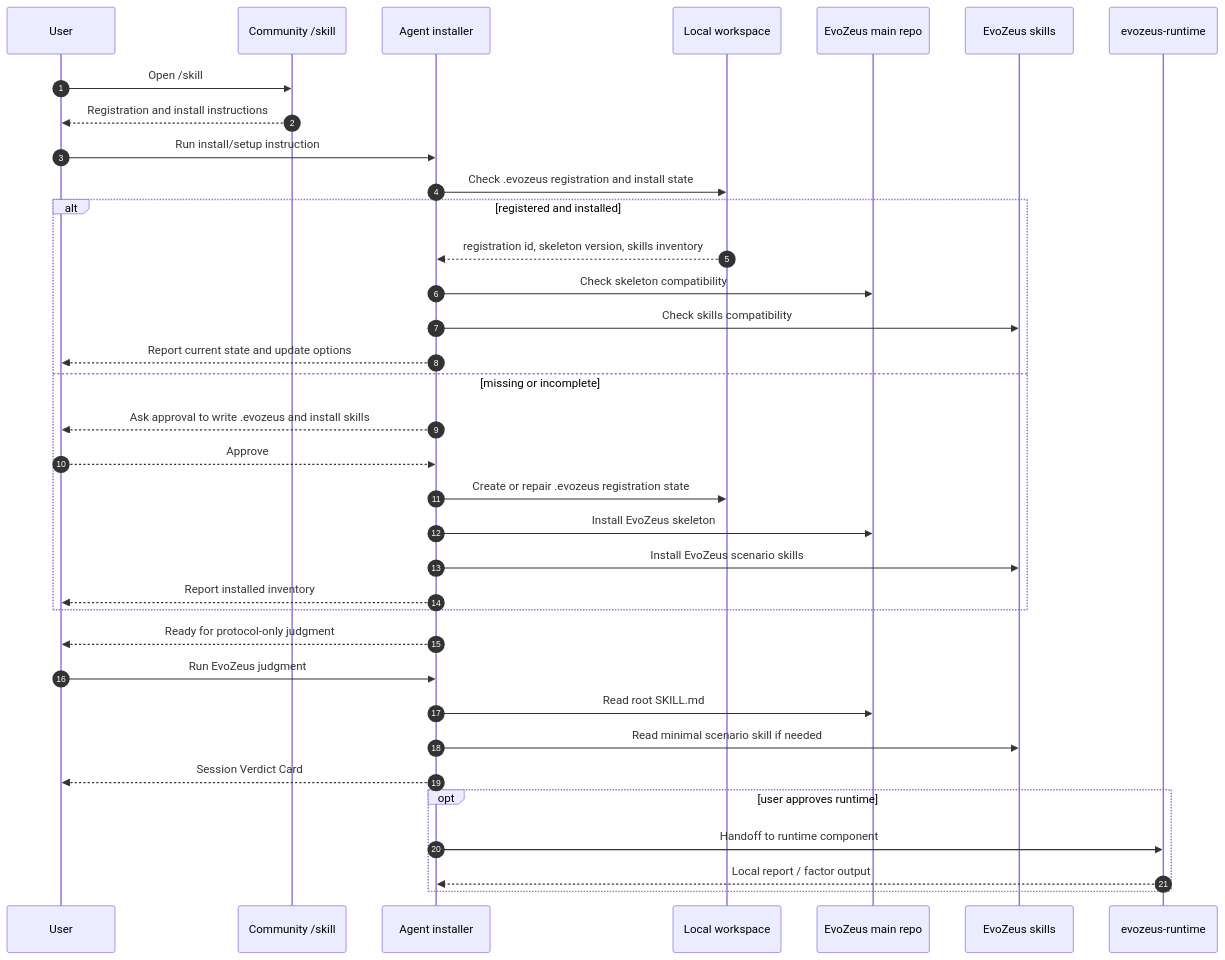
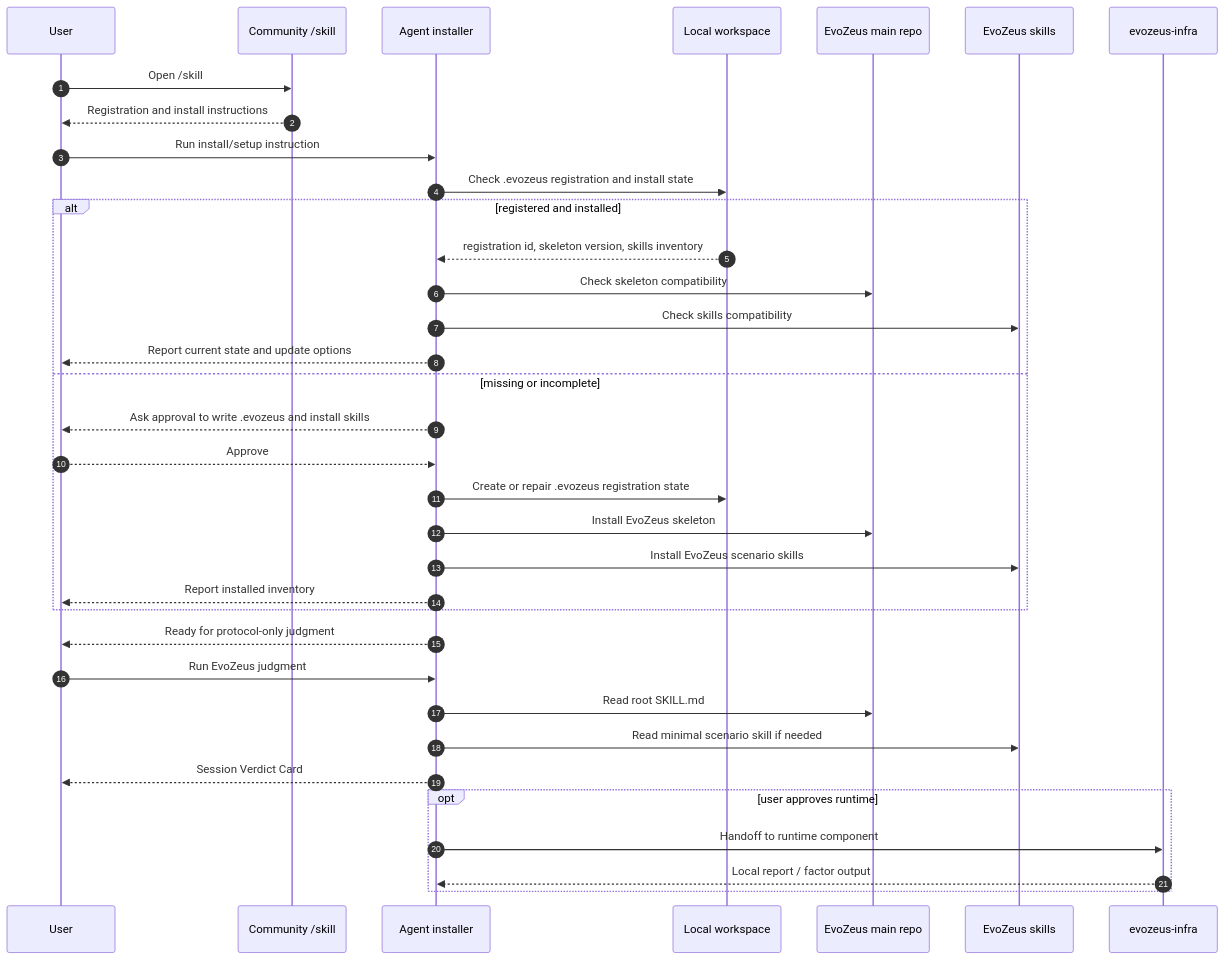
The diagram in 00-global/evozeus-skill-system-design.md (MetaInFLow/EvoZeus-MegaRepo), drawn with Mermaid before and after one commit. The commit also changed other lines of this file and 14 other files, not shown here.

````diff
--- a/00-global/evozeus-skill-system-design.md
+++ b/00-global/evozeus-skill-system-design.md
@@ -68,41 +68,41 @@
 ```mermaid
 sequenceDiagram
   autonumber
   participant User
   participant Community as Community /skill
   participant Installer as Agent installer
   participant Local as Local workspace
   participant Main as EvoZeus main repo
   participant Skills as EvoZeus skills
-  participant Runtime as evozeus-runtime
+  participant Runtime as evozeus-infra
 
   User->>Community: Open /skill
   Community-->>User: Registration and install instructions
   User->>Installer: Run install/setup instruction
   Installer->>Local: Check .evozeus registration and install state
 
   alt registered and installed
     Local-->>Installer: registration id, skeleton version, skills inventory
     Installer->>Main: Check skeleton compatibility
     Installer->>Skills: Check skills compatibility
     Installer-->>User: Report current state and update options
   else missing or incomplete
     Installer-->>User: Ask approval to write .evozeus and install skills
     User-->>Installer: Approve
     Installer->>Local: Create or repair .evozeus registration state
     Installer->>Main: Install EvoZeus skeleton
     Installer->>Skills: Install EvoZeus scenario skills
     Installer-->>User: Report installed inventory
   end
 
   Installer-->>User: Ready for protocol-only judgment
   User->>Installer: Run EvoZeus judgment
   Installer->>Main: Read root SKILL.md
   Installer->>Skills: Read minimal scenario skill if needed
   Installer-->>User: Session Verdict Card
 
   opt user approves runtime
     Installer->>Runtime: Handoff to runtime component
     Runtime-->>Installer: Local report / factor output
   end
 ```
````
